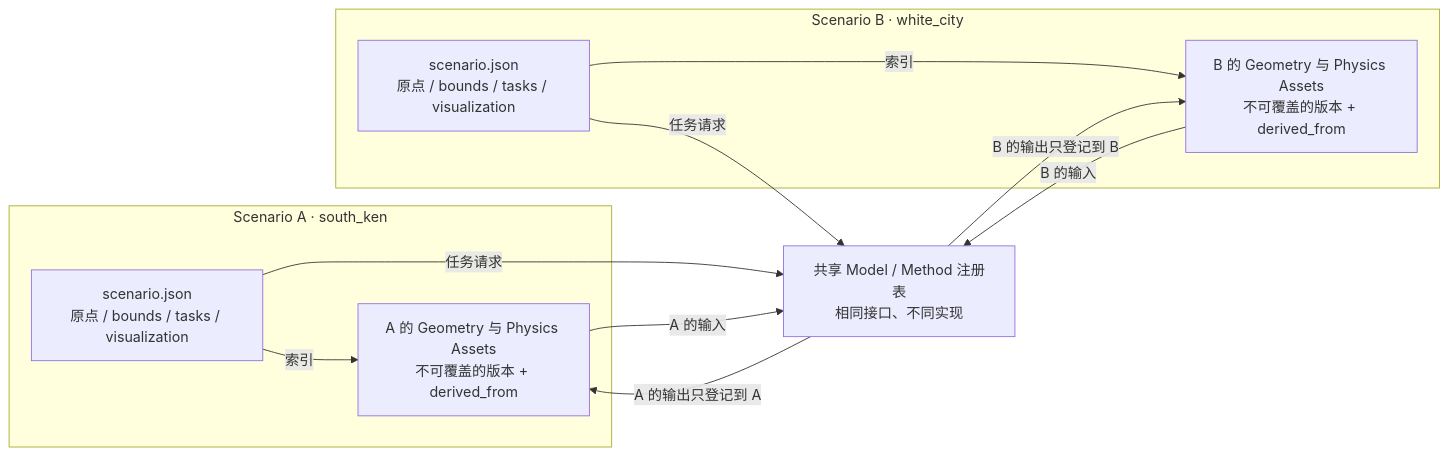
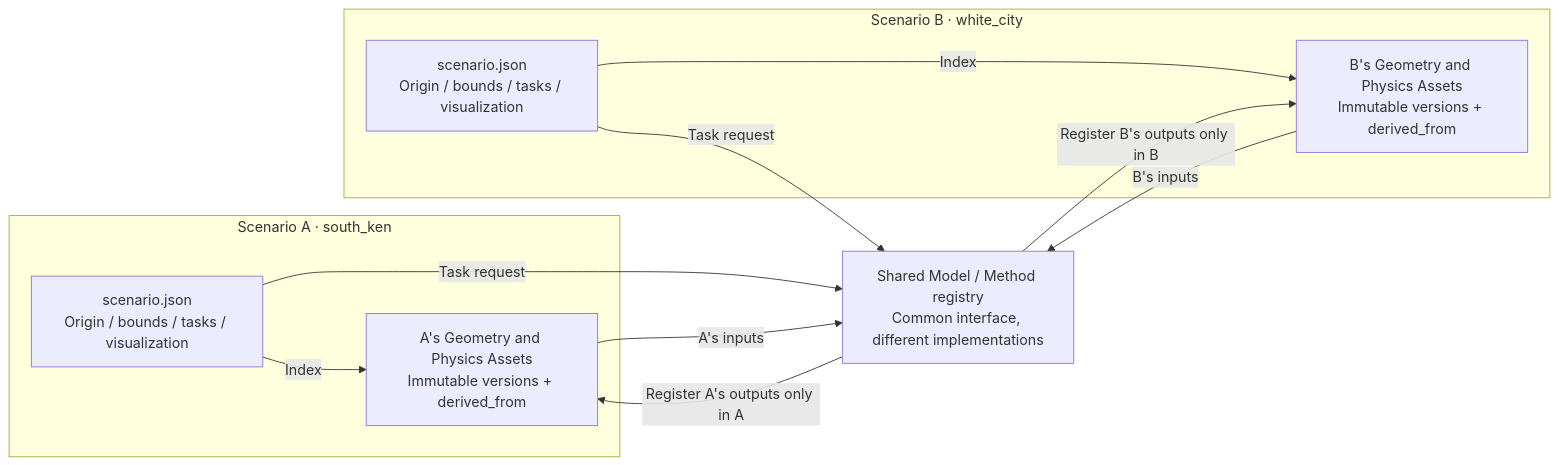
Before and after one commit to CANOPY-WORLD/canopy: the second of 4 diagrams in README.md, drawn with Mermaid. The commit also changed other lines of this file and 22 other files, not shown here.

````diff
--- a/README.md
+++ b/README.md
@@ -37,20 +37,20 @@
 ```mermaid
 flowchart LR
     subgraph SA["Scenario A · south_ken"]
-        CA["scenario.json<br/>原点 / bounds / tasks / visualization"]
-        AA["A 的 Geometry 与 Physics Assets<br/>不可覆盖的版本 + derived_from"]
-        CA -->|索引| AA
+        CA["scenario.json<br/>Origin / bounds / tasks / visualization"]
+        AA["A's Geometry and Physics Assets<br/>Immutable versions + derived_from"]
+        CA -->|Index| AA
     end
-    M["共享 Model / Method 注册表<br/>相同接口、不同实现"]
+    M["Shared Model / Method registry<br/>Common interface, different implementations"]
     subgraph SB["Scenario B · white_city"]
-        CB["scenario.json<br/>原点 / bounds / tasks / visualization"]
-        AB["B 的 Geometry 与 Physics Assets<br/>不可覆盖的版本 + derived_from"]
-        CB -->|索引| AB
+        CB["scenario.json<br/>Origin / bounds / tasks / visualization"]
+        AB["B's Geometry and Physics Assets<br/>Immutable versions + derived_from"]
+        CB -->|Index| AB
     end
-    CA -->|任务请求| M
-    CB -->|任务请求| M
-    AA -->|A 的输入| M
-    AB -->|B 的输入| M
-    M -->|A 的输出只登记到 A| AA
-    M -->|B 的输出只登记到 B| AB
+    CA -->|Task request| M
+    CB -->|Task request| M
+    AA -->|A's inputs| M
+    AB -->|B's inputs| M
+    M -->|Register A's outputs only in A| AA
+    M -->|Register B's outputs only in B| AB
 ```
````
